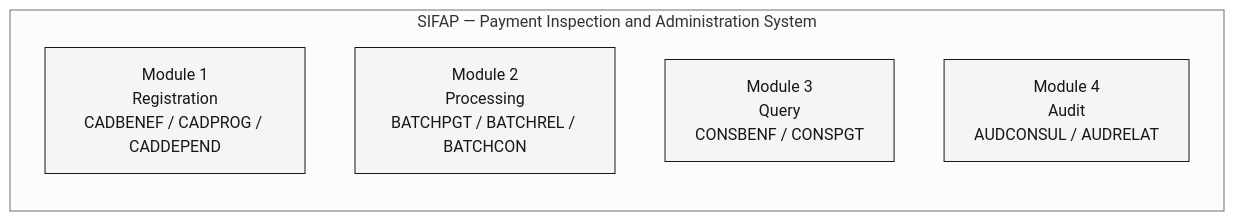
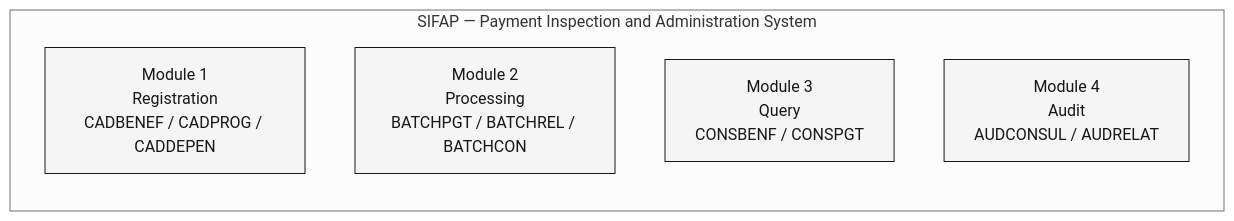
Before and after one commit to paulasilvatech/datacorp-mm-team-kit: the first of 6 diagrams in 01-archaeology/legacy-sifap/legacy-docs/ORIGINAL-ARCHITECTURE-1997.md, drawn with Mermaid. The commit also changed other lines of this file and 17 other files, not shown here.

````diff
--- a/01-archaeology/legacy-sifap/legacy-docs/ORIGINAL-ARCHITECTURE-1997.md
+++ b/01-archaeology/legacy-sifap/legacy-docs/ORIGINAL-ARCHITECTURE-1997.md
@@ -99,13 +99,13 @@
 ```mermaid
 %%{init: {'theme':'neutral','themeVariables':{'fontFamily':'ui-sans-serif, system-ui, sans-serif','primaryColor':'#F5F5F5','primaryTextColor':'#171717','primaryBorderColor':'#171717','lineColor':'#525252','secondaryColor':'#FFFFFF','tertiaryColor':'#FAFAFA','background':'#FFFFFF'}}}%%
 flowchart LR
     classDef step fill:#F5F5F5,stroke:#171717,color:#171717
     classDef muted fill:#FAFAFA,stroke:#A3A3A3,color:#404040
 
     subgraph SIFAP["SIFAP — Payment Inspection and Administration System"]
-        M1["Module 1<br/>Registration<br/>CADBENEF / CADPROG / CADDEPEND"]:::step
+        M1["Module 1<br/>Registration<br/>CADBENEF / CADPROG / CADDEPEN"]:::step
         M2["Module 2<br/>Processing<br/>BATCHPGT / BATCHREL / BATCHCON"]:::step
         M3["Module 3<br/>Query<br/>CONSBENF / CONSPGT"]:::step
         M4["Module 4<br/>Audit<br/>AUDCONSUL / AUDRELAT"]:::step
     end
 ```
````
